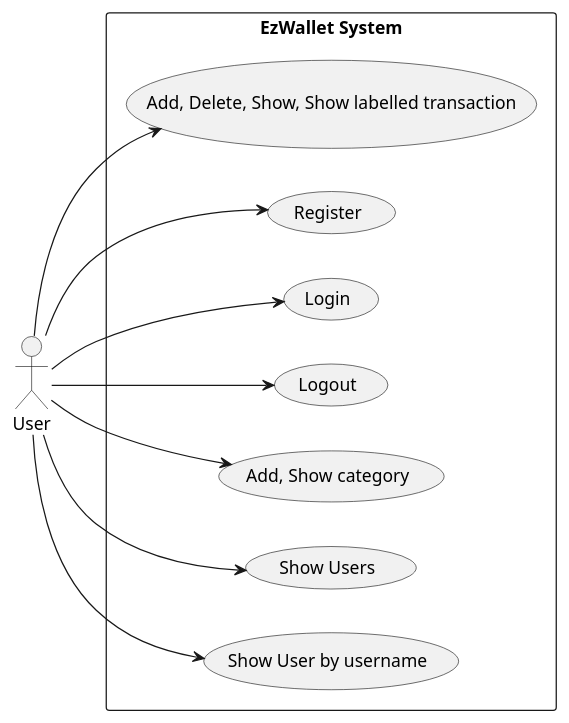
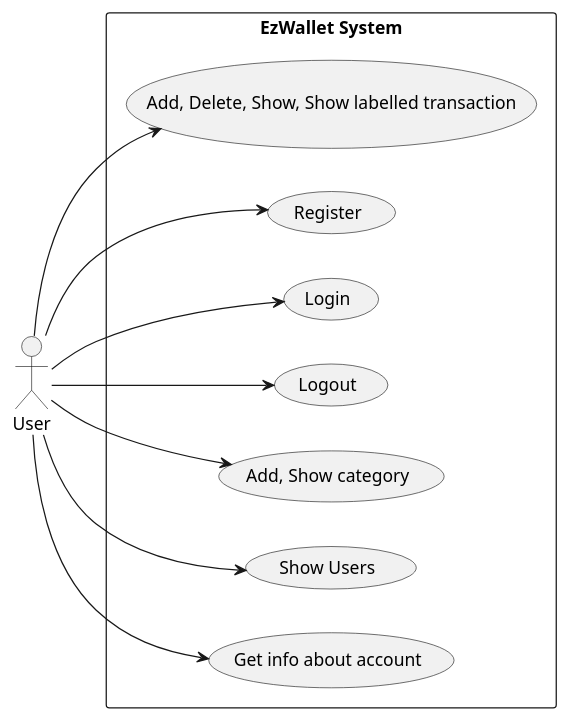
The second of 5 diagrams in RequirementsDocumentV1.md (lara-m2000/ezwallet), drawn with PlantUML before and after one commit.

Commit message:
docs: updated use case diagram

````diff
--- a/RequirementsDocumentV1.md
+++ b/RequirementsDocumentV1.md
@@ -177,30 +177,30 @@
 ```plantuml
 @startuml
 left to right direction
 
 actor User
 
 rectangle "EzWallet System" as System {
 	usecase "Add, Delete, Show, Show labelled transaction" as Transaction
 
 	usecase Register
 	usecase Login
 	usecase Logout
 
 	usecase "Add, Show category" as Category
 
 	usecase "Show Users" as SUsers
-	usecase "Show User by username" as UUsers
+	usecase "Get info about account" as UUsers
 }
 
 User --> Transaction
 User --> Category
 User --> Register
 User --> Login
 User --> Logout
 User --> SUsers
 User --> UUsers
 
 
 @enduml
 ```
````
